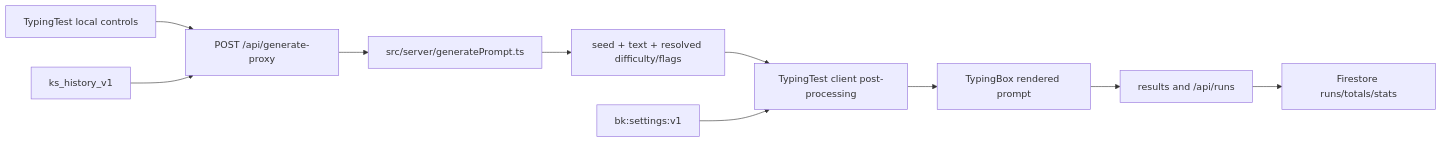
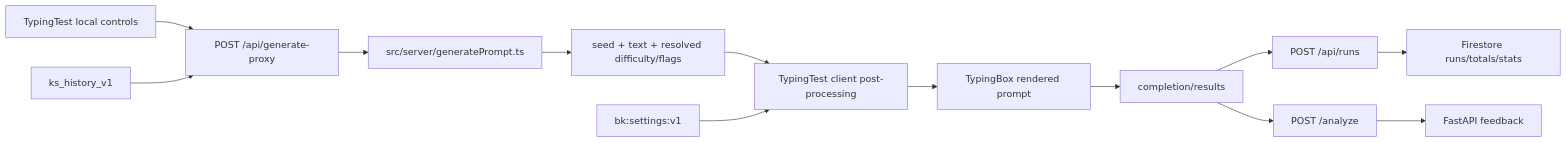
The diagram in docs/current-architecture.md (kf79046/keystrokeAI), drawn with Mermaid before and after one commit. The commit also changed other lines of this file and 2 other files, not shown here.

````diff
--- a/docs/current-architecture.md
+++ b/docs/current-architecture.md
@@ -29,12 +29,15 @@
 ```mermaid
 flowchart LR
   Controls["TypingTest local controls"] --> Request["POST /api/generate-proxy"]
   History["ks_history_v1"] --> Request
   Request --> Generator["src/server/generatePrompt.ts"]
   Generator --> Raw["seed + text + resolved difficulty/flags"]
   Raw --> Normalize["TypingTest client post-processing"]
   Settings["bk:settings:v1"] --> Normalize
   Normalize --> Box["TypingBox rendered prompt"]
-  Box --> Results["results and /api/runs"]
-  Results --> Firestore["Firestore runs/totals/stats"]
+  Box --> Results["completion/results"]
+  Results --> Runs["POST /api/runs"]
+  Runs --> Firestore["Firestore runs/totals/stats"]
+  Results --> Analyze["POST /analyze"]
+  Analyze --> FastAPI["FastAPI feedback"]
 ```
````
